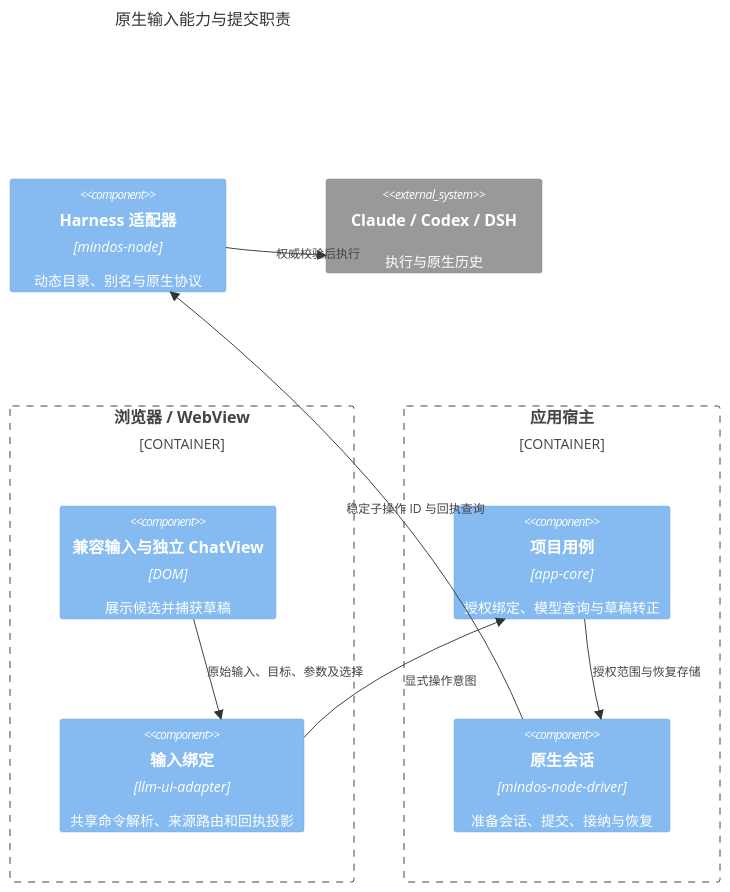
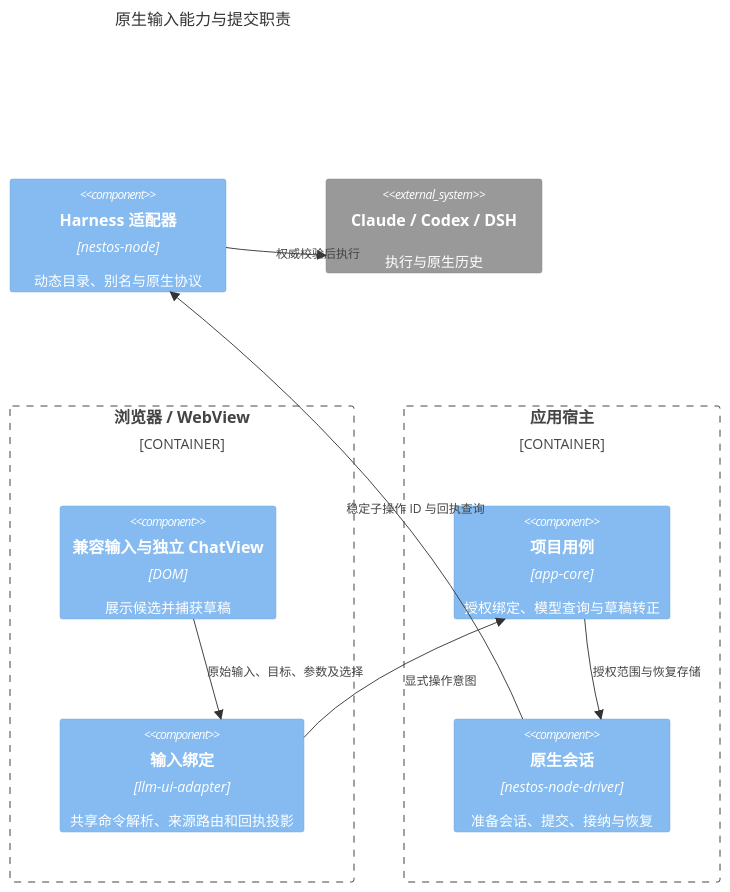
The sixth of 9 diagrams in doc/design/llm-ui-independent-module.md (mushuanli/NestOS), drawn with Mermaid before and after one commit. The commit also changed other lines of this file and 428 other files, not shown here.

````diff
--- a/doc/design/llm-ui-independent-module.md
+++ b/doc/design/llm-ui-independent-module.md
@@ -346,19 +346,19 @@
 ```mermaid
 C4Component
     title 原生输入能力与提交职责
     Container_Boundary(ui, "浏览器 / WebView") {
         Component(views, "兼容输入与独立 ChatView", "DOM", "展示候选并捕获草稿")
         Component(binding, "输入绑定", "llm-ui-adapter", "共享命令解析、来源路由和回执投影")
     }
     Container_Boundary(host, "应用宿主") {
         Component(app, "项目用例", "app-core", "授权绑定、模型查询与草稿转正")
-        Component(driver, "原生会话", "mindos-node-driver", "准备会话、提交、接纳与恢复")
+        Component(driver, "原生会话", "nestos-node-driver", "准备会话、提交、接纳与恢复")
     }
-    Component(native, "Harness 适配器", "mindos-node", "动态目录、别名与原生协议")
+    Component(native, "Harness 适配器", "nestos-node", "动态目录、别名与原生协议")
     System_Ext(executor, "Claude / Codex / DSH", "执行与原生历史")
     Rel(views, binding, "原始输入、目标、参数及选择")
     Rel(binding, app, "显式操作意图")
     Rel(app, driver, "授权范围与恢复存储")
     Rel(driver, native, "稳定子操作 ID 与回执查询")
     Rel(native, executor, "权威校验后执行")
 ```
````
